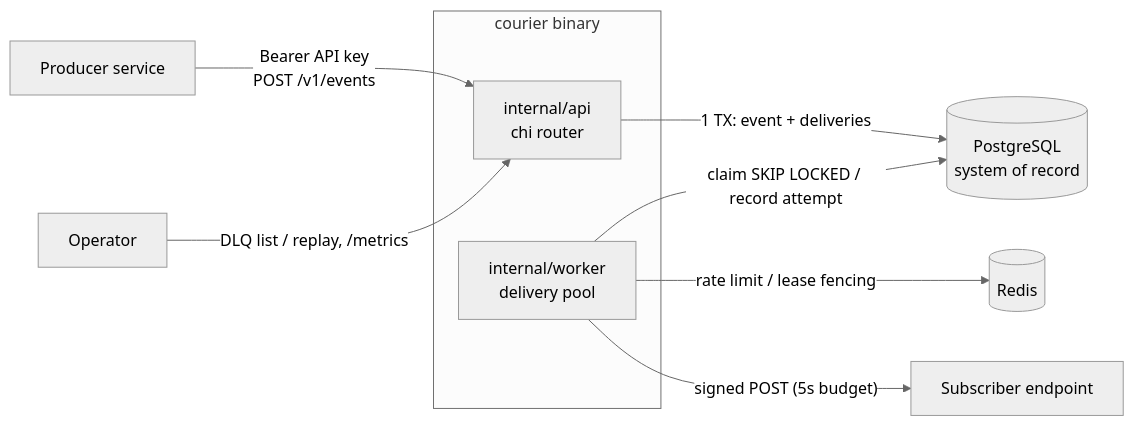
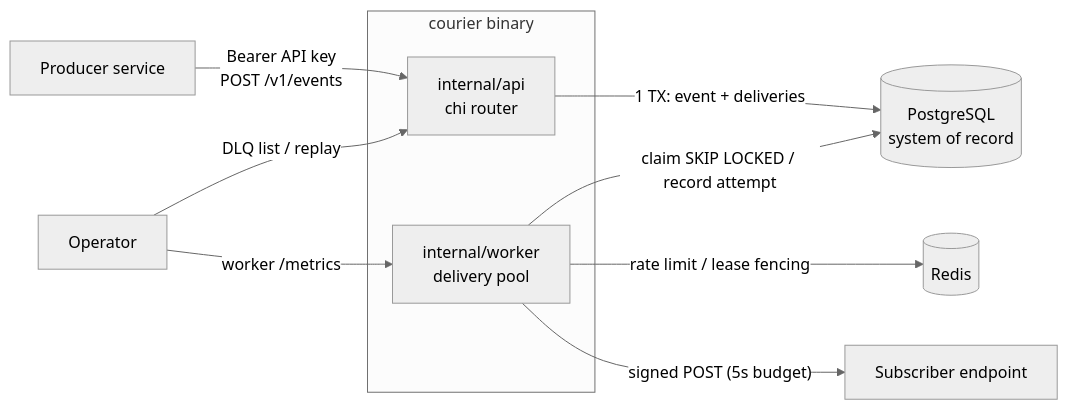
One commit to drkwv34/courier-outbox changed the diagram in docs/architecture/overview.md. Above: the diagram before and after it, drawn with Mermaid (neutral theme). The commit also changed 16 other files, not shown here.

First line of the commit message:
feat(worker): serve live Prometheus metrics on WORKER_METRICS_ADDR

````diff
--- a/docs/architecture/overview.md
+++ b/docs/architecture/overview.md
@@ -5,13 +5,14 @@
 ```mermaid
 flowchart LR
     P[Producer service] -- "Bearer API key<br/>POST /v1/events" --> API
     subgraph courier[courier binary]
         API[internal/api<br/>chi router]
         W[internal/worker<br/>delivery pool]
     end
     API -- "1 TX: event + deliveries" --> PG[(PostgreSQL<br/>system of record)]
     W -- "claim SKIP LOCKED / record attempt" --> PG
     W -- "rate limit / lease fencing" --> R[(Redis)]
     W -- "signed POST (5s budget)" --> S[Subscriber endpoint]
-    O[Operator] -- "DLQ list / replay, /metrics" --> API
+    O[Operator] -- "DLQ list / replay" --> API
+    O -- "worker /metrics" --> W
 ```
````
